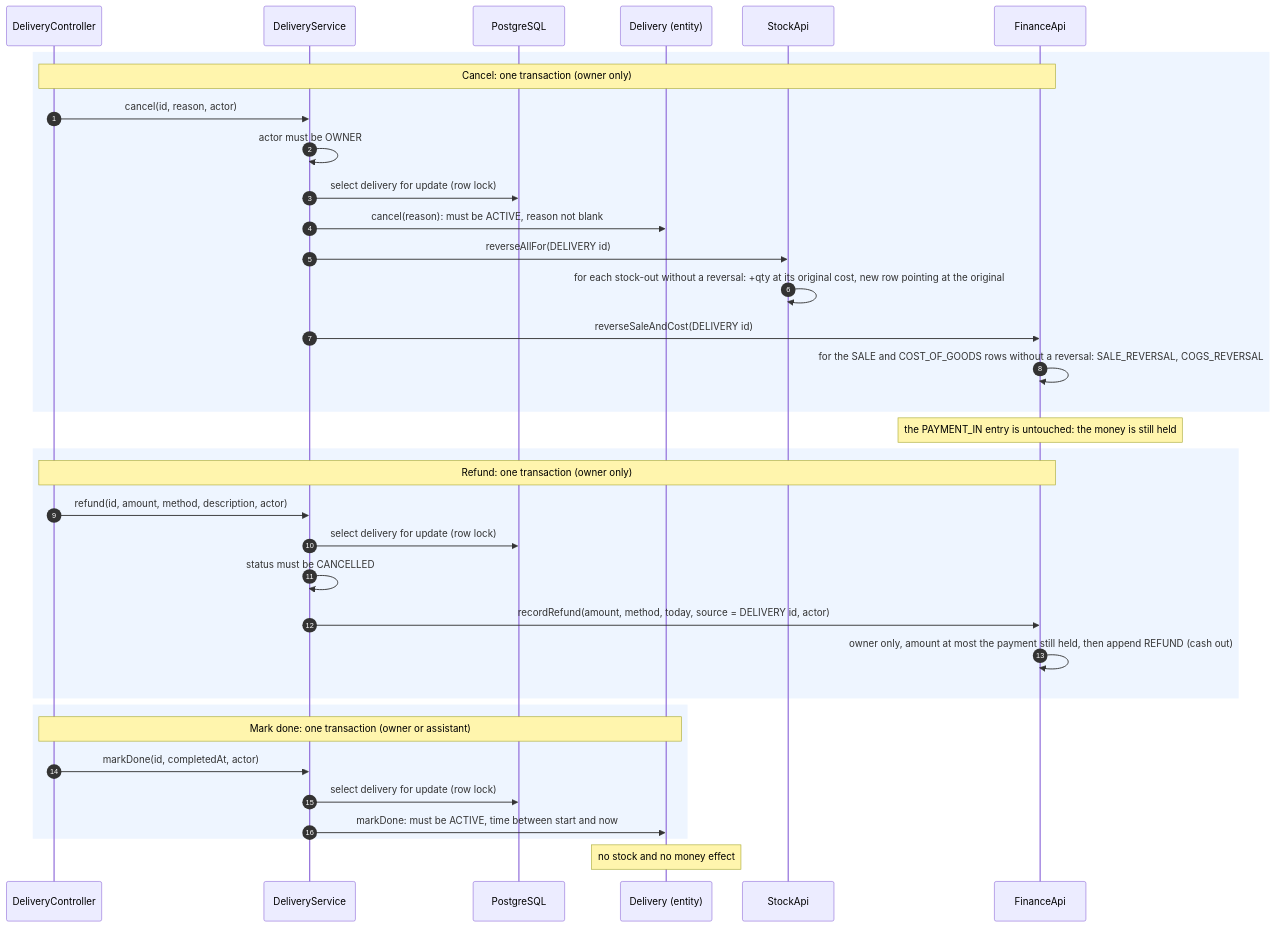
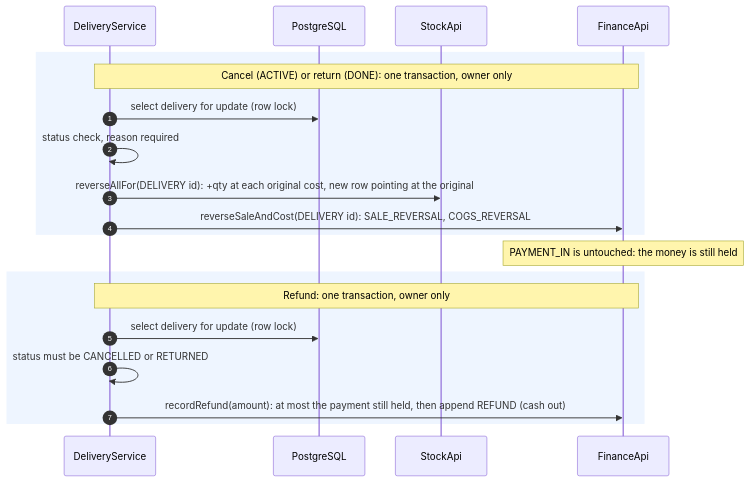
One commit to kyledelfin2006/ausan-poultry-system changed the third of 4 diagrams in docs/architecture/sequences.md. Above: the diagram before and after it, drawn with Mermaid. The commit also changed other lines of this file and 18 other files, not shown here.

Commit message:
Consolidate architecture docs, decisions and product description

````diff
--- a/docs/architecture/sequences.md
+++ b/docs/architecture/sequences.md
@@ -154,40 +73,24 @@
 ```mermaid
 sequenceDiagram
     autonumber
-    participant DC as DeliveryController
     participant DS as DeliveryService
     participant DB as PostgreSQL
-    participant D as Delivery (entity)
     participant SA as StockApi
     participant FA as FinanceApi
 
     rect rgb(238, 245, 255)
-    Note over DC,FA: Cancel: one transaction (owner only)
-    DC->>DS: cancel(id, reason, actor)
-    DS->>DS: actor must be OWNER
+    Note over DS,FA: Cancel (ACTIVE) or return (DONE): one transaction, owner only
     DS->>DB: select delivery for update (row lock)
-    DS->>D: cancel(reason): must be ACTIVE, reason not blank
-    DS->>SA: reverseAllFor(DELIVERY id)
-    SA->>SA: for each stock-out without a reversal: +qty at its original cost, new row pointing at the original
-    DS->>FA: reverseSaleAndCost(DELIVERY id)
-    FA->>FA: for the SALE and COST_OF_GOODS rows without a reversal: SALE_REVERSAL, COGS_REVERSAL
+    DS->>DS: status check, reason required
+    DS->>SA: reverseAllFor(DELIVERY id): +qty at each original cost, new row pointing at the original
+    DS->>FA: reverseSaleAndCost(DELIVERY id): SALE_REVERSAL, COGS_REVERSAL
     end
-    Note over FA: the PAYMENT_IN entry is untouched: the money is still held
+    Note over FA: PAYMENT_IN is untouched: the money is still held
 
     rect rgb(238, 245, 255)
-    Note over DC,FA: Refund: one transaction (owner only)
-    DC->>DS: refund(id, amount, method, description, actor)
+    Note over DS,FA: Refund: one transaction, owner only
     DS->>DB: select delivery for update (row lock)
-    DS->>DS: status must be CANCELLED
-    DS->>FA: recordRefund(amount, method, today, source = DELIVERY id, actor)
-    FA->>FA: owner only, amount at most the payment still held, then append REFUND (cash out)
+    DS->>DS: status must be CANCELLED or RETURNED
+    DS->>FA: recordRefund(amount): at most the payment still held, then append REFUND (cash out)
     end
-
-    rect rgb(238, 245, 255)
-    Note over DC,D: Mark done: one transaction (owner or assistant)
-    DC->>DS: markDone(id, completedAt, actor)
-    DS->>DB: select delivery for update (row lock)
-    DS->>D: markDone: must be ACTIVE, time between start and now
-    end
-    Note over D: no stock and no money effect
 ```
````
